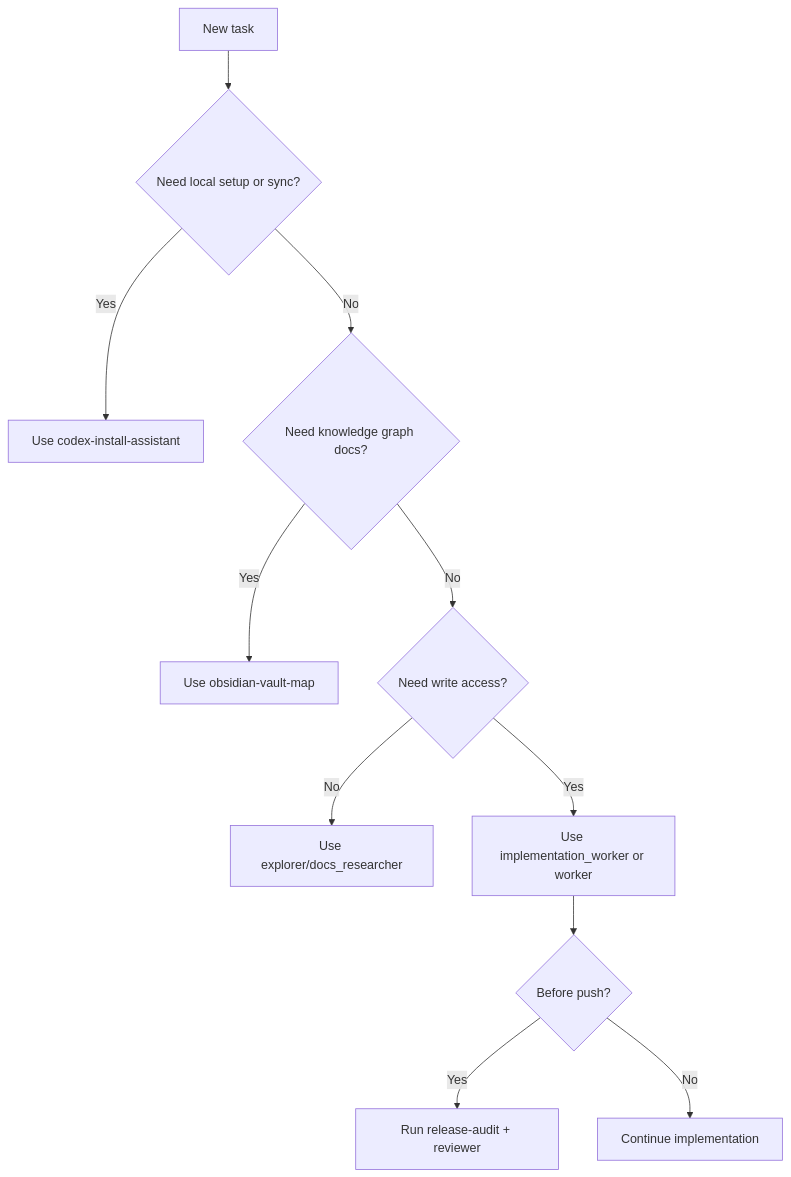
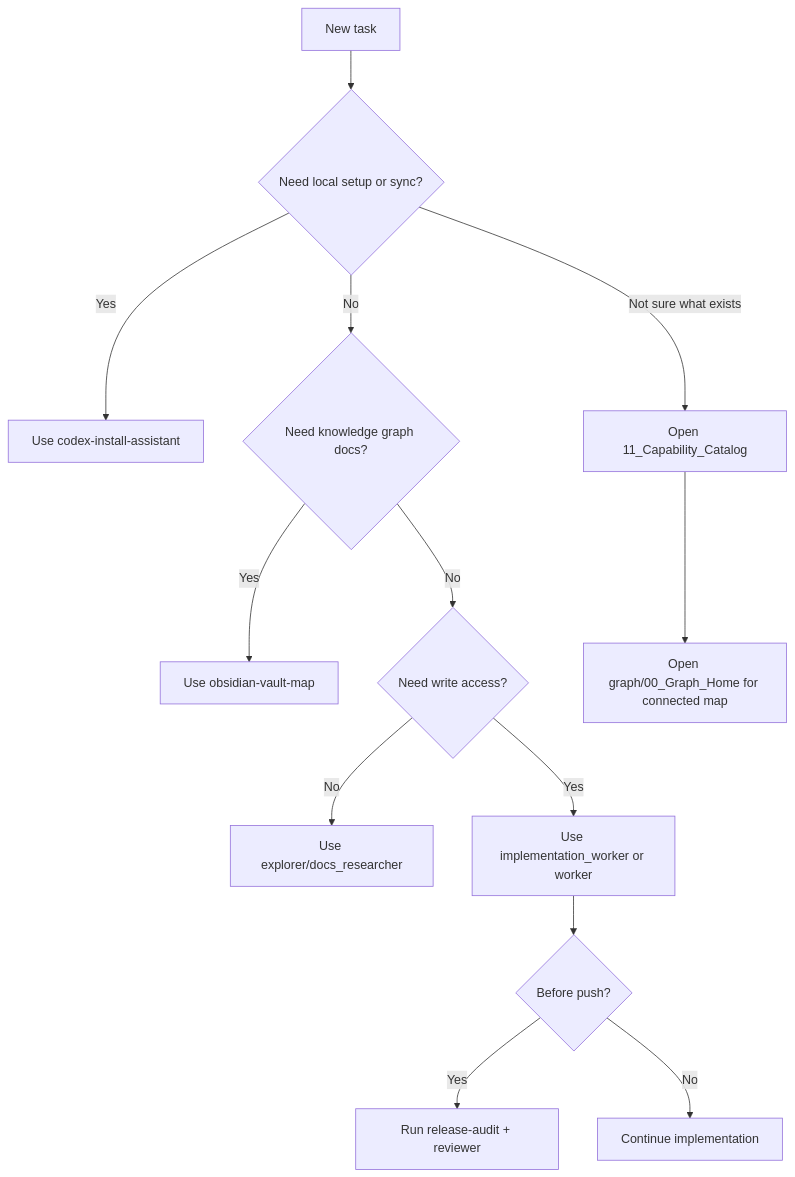
Before and after one commit to anujraja/Codex-Software-Developer: the second of 2 diagrams in for_obsidian/07_Diagrams.md, drawn with Mermaid. The commit also changed other lines of this file and 1499 other files, not shown here.

Commit message:
Rebuild knowledge base and ship graph-first Obsidian vault bundle

````diff
--- a/for_obsidian/07_Diagrams.md
+++ b/for_obsidian/07_Diagrams.md
@@ -43,13 +55,15 @@
 ```mermaid
 flowchart TD
   S["New task"] --> Q1{"Need local setup or sync?"}
   Q1 -->|Yes| I["Use codex-install-assistant"]
   Q1 -->|No| Q2{"Need knowledge graph docs?"}
   Q2 -->|Yes| O["Use obsidian-vault-map"]
   Q2 -->|No| Q3{"Need write access?"}
   Q3 -->|No| X["Use explorer/docs_researcher"]
   Q3 -->|Yes| W["Use implementation_worker or worker"]
+  Q1 -->|Not sure what exists| C["Open 11_Capability_Catalog"]
+  C --> G1["Open graph/00_Graph_Home for connected map"]
   W --> R{"Before push?"}
   R -->|Yes| V["Run release-audit + reviewer"]
   R -->|No| E["Continue implementation"]
 ```
````
